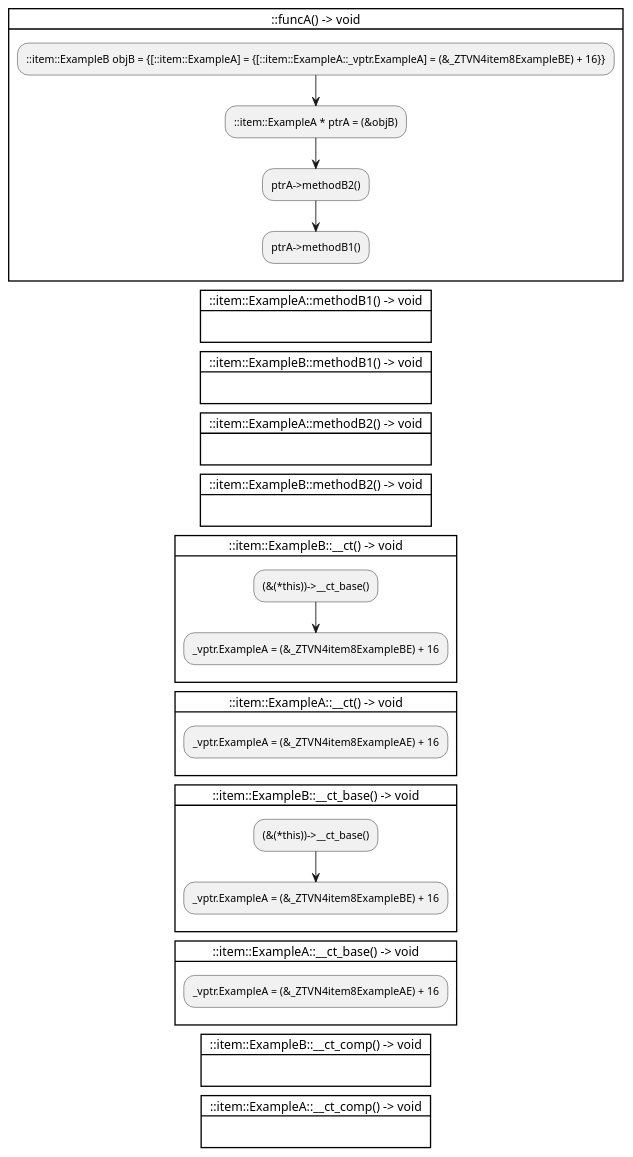
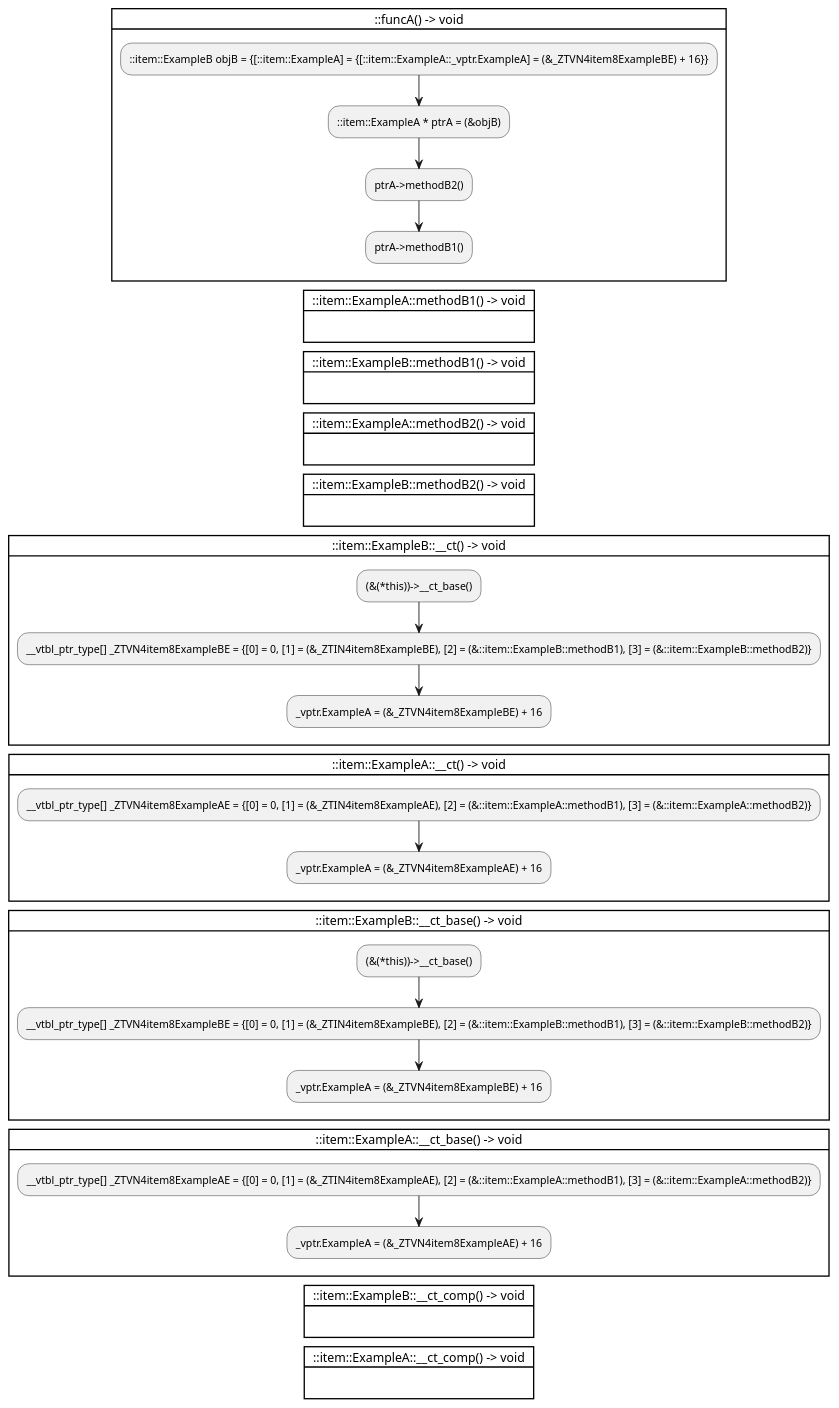
Before and after one commit to anetczuk/gcc-uml: the diagram in examples/ctrlflowgraph/ctrl_ptr.cpp.puml, drawn with PlantUML. The commit also changed 13 other files, not shown here.

```diff
--- a/examples/ctrlflowgraph/ctrl_ptr.cpp.puml
+++ b/examples/ctrlflowgraph/ctrl_ptr.cpp.puml
@@ -1,58 +1,62 @@
 @startuml
 
 card "::funcA() -> void" {
     :::item::ExampleB objB = {[::item::ExampleA] = {[::item::ExampleA::_vptr.ExampleA] = (&_ZTVN4item8ExampleBE) + 16}};
     :::item::ExampleA * ptrA = (&objB);
     :ptrA->methodB2();
     :ptrA->methodB1();
     -[hidden]->
 }
 
 card "::item::ExampleA::methodB1() -> void" {
     -[hidden]->
 }
 
 card "::item::ExampleB::methodB1() -> void" {
     -[hidden]->
 }
 
 card "::item::ExampleA::methodB2() -> void" {
     -[hidden]->
 }
 
 card "::item::ExampleB::methodB2() -> void" {
     -[hidden]->
 }
 
 card "::item::ExampleB::__ct() -> void" {
     :(&(*this))->__ct_base();
+    :__vtbl_ptr_type[] _ZTVN4item8ExampleBE = {[0] = 0, [1] = (&_ZTIN4item8ExampleBE), [2] = (&::item::ExampleB::methodB1), [3] = (&::item::ExampleB::methodB2)};
     :_vptr.ExampleA = (&_ZTVN4item8ExampleBE) + 16;
     -[hidden]->
 }
 
 card "::item::ExampleA::__ct() -> void" {
+    :__vtbl_ptr_type[] _ZTVN4item8ExampleAE = {[0] = 0, [1] = (&_ZTIN4item8ExampleAE), [2] = (&::item::ExampleA::methodB1), [3] = (&::item::ExampleA::methodB2)};
     :_vptr.ExampleA = (&_ZTVN4item8ExampleAE) + 16;
     -[hidden]->
 }
 
 card "::item::ExampleB::__ct_base() -> void" {
     :(&(*this))->__ct_base();
+    :__vtbl_ptr_type[] _ZTVN4item8ExampleBE = {[0] = 0, [1] = (&_ZTIN4item8ExampleBE), [2] = (&::item::ExampleB::methodB1), [3] = (&::item::ExampleB::methodB2)};
     :_vptr.ExampleA = (&_ZTVN4item8ExampleBE) + 16;
     -[hidden]->
 }
 
 card "::item::ExampleA::__ct_base() -> void" {
+    :__vtbl_ptr_type[] _ZTVN4item8ExampleAE = {[0] = 0, [1] = (&_ZTIN4item8ExampleAE), [2] = (&::item::ExampleA::methodB1), [3] = (&::item::ExampleA::methodB2)};
     :_vptr.ExampleA = (&_ZTVN4item8ExampleAE) + 16;
     -[hidden]->
 }
 
 card "::item::ExampleB::__ct_comp() -> void" {
     -[hidden]->
 }
 
 card "::item::ExampleA::__ct_comp() -> void" {
     -[hidden]->
 }
 
 
 @enduml
```
